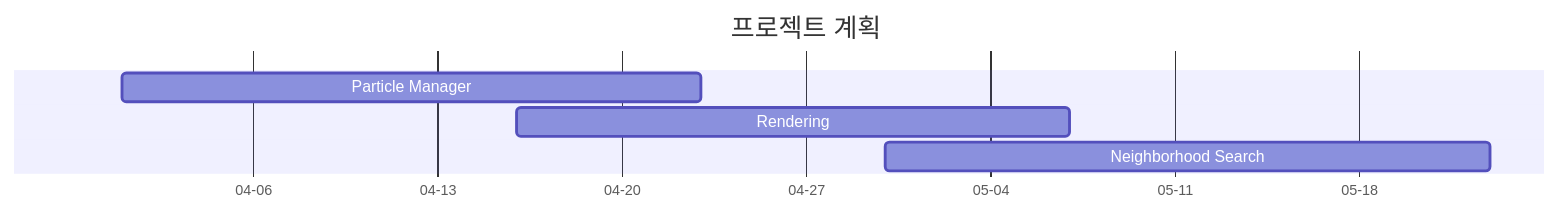
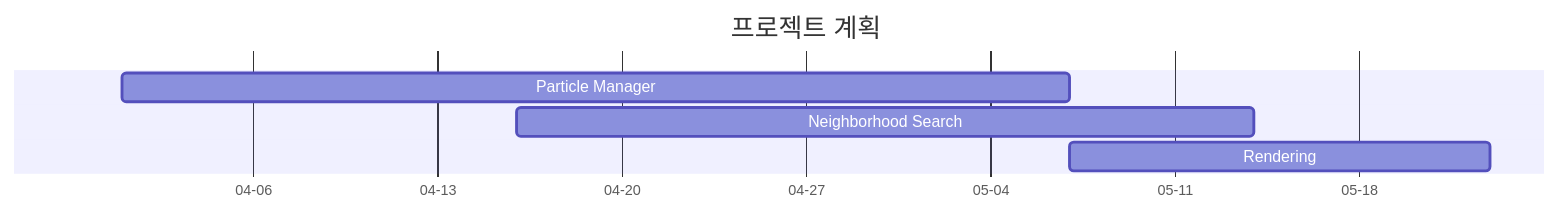
One commit to jooyounghan/ProjectA changed the diagram in README.md. Above: the diagram before and after it, drawn with Mermaid. The commit also changed other lines of this file and 55 other files, not shown here.

Commit message:
- 250403 프로젝트 일지   * 알파 블렌딩을 통한 파티클 세이더 작성   * ParticleManager 클래스 작성 시작(DrawIndexedInstanced를 바탕으로 Emitter 디버그 Cube 그리기 기능 작성)

````diff
--- a/README.md
+++ b/README.md
@@ -26,10 +25,10 @@
 ```mermaid
 gantt
 	dateFormat YYYY-MM-DD
 	title 프로젝트 계획
 	dateFormat MM-DD
 	axisFormat %m-%d
-    Particle Manager :a, 04-01, 04-23
-    Rendering :b, 04-16, 05-07
-    Neighborhood Search :c, 04-30, 05-23
+    Particle Manager :a, 04-01, 05-07
+    Neighborhood Search :b, 04-16, 05-14
+    Rendering :c, 05-07, 05-23
 ```
````
